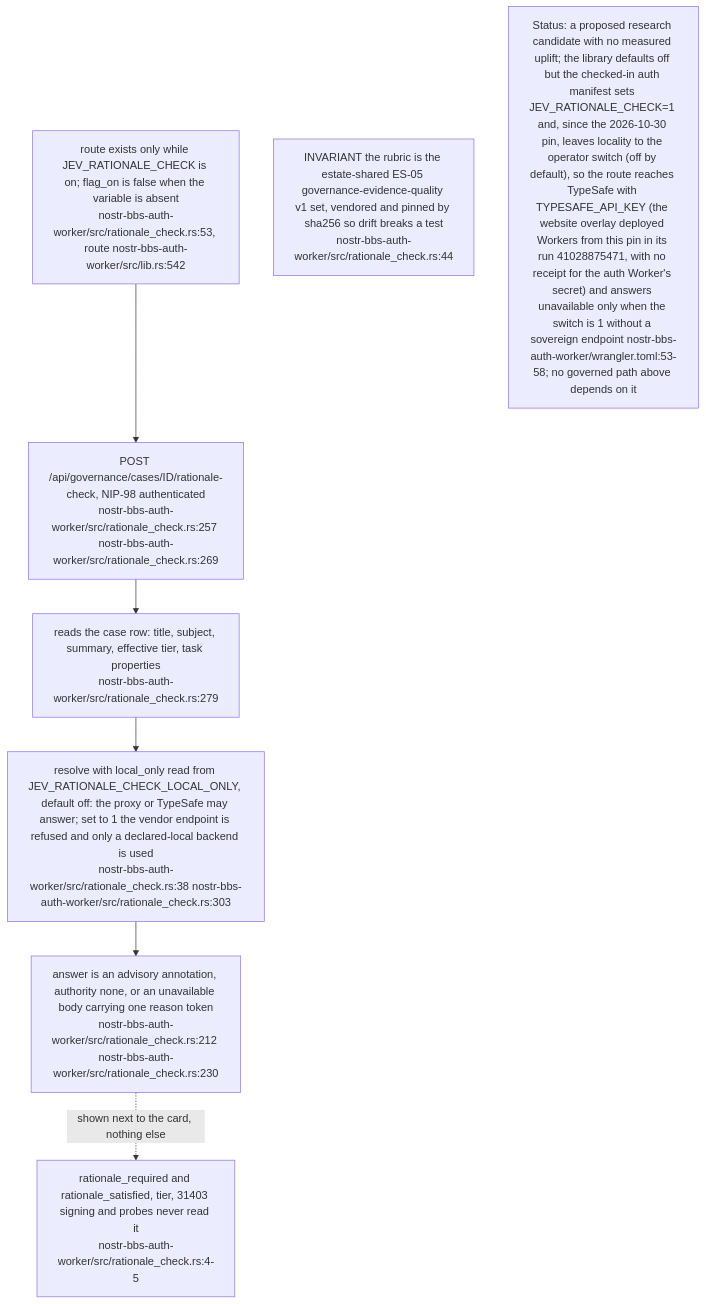
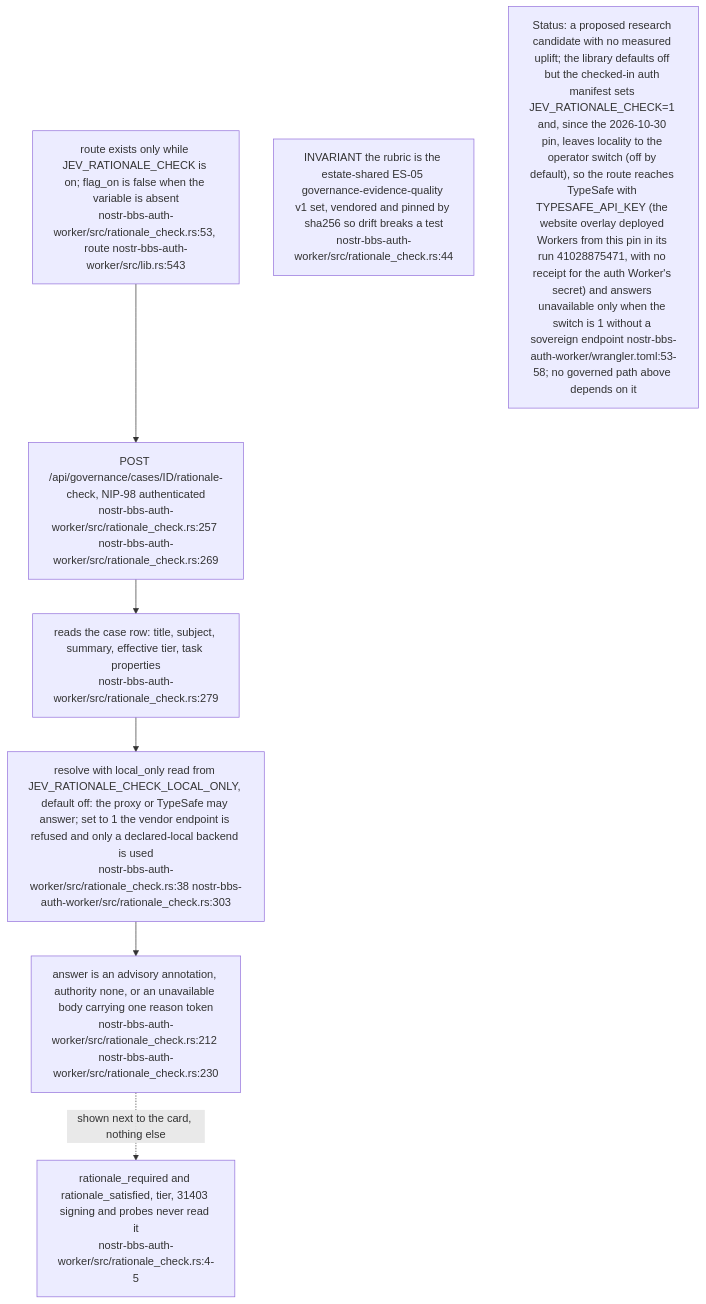
One commit to DreamLab-AI/VisionFlow changed diagram 17 of 18 in docs/diagrams/nostr-rust-forum/06-agent-control-surface-31400-31405.md. Above: the diagram before and after it, drawn with Mermaid. The commit also changed other lines of this file, not shown here.

First line of the commit message:
docs(diagrams): NF-06 re-verified at nostr-rust-forum af4f0d5

````diff
--- a/docs/diagrams/nostr-rust-forum/06-agent-control-surface-31400-31405.md
+++ b/docs/diagrams/nostr-rust-forum/06-agent-control-surface-31400-31405.md
@@ -480,15 +480,15 @@
 ```mermaid
 flowchart TB
-    FLAG["route exists only while JEV_RATIONALE_CHECK is on; flag_on is false when the variable is absent<br/>nostr-bbs-auth-worker/src/rationale_check.rs:53, route nostr-bbs-auth-worker/src/lib.rs:542"]
+    FLAG["route exists only while JEV_RATIONALE_CHECK is on; flag_on is false when the variable is absent<br/>nostr-bbs-auth-worker/src/rationale_check.rs:53, route nostr-bbs-auth-worker/src/lib.rs:543"]
     ROUTE["POST /api/governance/cases/ID/rationale-check, NIP-98 authenticated<br/>nostr-bbs-auth-worker/src/rationale_check.rs:257 nostr-bbs-auth-worker/src/rationale_check.rs:269"]
     ROW["reads the case row: title, subject, summary, effective tier, task properties<br/>nostr-bbs-auth-worker/src/rationale_check.rs:279"]
     LOCAL["resolve with local_only read from JEV_RATIONALE_CHECK_LOCAL_ONLY, default off: the proxy or TypeSafe may answer; set to 1 the vendor endpoint is refused and only a declared-local backend is used<br/>nostr-bbs-auth-worker/src/rationale_check.rs:38 nostr-bbs-auth-worker/src/rationale_check.rs:303"]
     ADV["answer is an advisory annotation, authority none, or an unavailable body carrying one reason token<br/>nostr-bbs-auth-worker/src/rationale_check.rs:212 nostr-bbs-auth-worker/src/rationale_check.rs:230"]
     GATE["rationale_required and rationale_satisfied, tier, 31403 signing and probes never read it<br/>nostr-bbs-auth-worker/src/rationale_check.rs:4-5"]
 
     FLAG --> ROUTE --> ROW --> LOCAL --> ADV
     ADV -.->|"shown next to the card, nothing else"| GATE
 
     N1["INVARIANT the rubric is the estate-shared ES-05 governance-evidence-quality v1 set, vendored and pinned by sha256 so drift breaks a test<br/>nostr-bbs-auth-worker/src/rationale_check.rs:44"]
     N2["Status: a proposed research candidate with no measured uplift; the library defaults off but the checked-in auth manifest sets JEV_RATIONALE_CHECK=1 and, since the 2026-10-30 pin, leaves locality to the operator switch (off by default), so the route reaches TypeSafe with TYPESAFE_API_KEY (the website overlay deployed Workers from this pin in its run 41028875471, with no receipt for the auth Worker's secret) and answers unavailable only when the switch is 1 without a sovereign endpoint nostr-bbs-auth-worker/wrangler.toml:53-58; no governed path above depends on it"]
 ```
````
